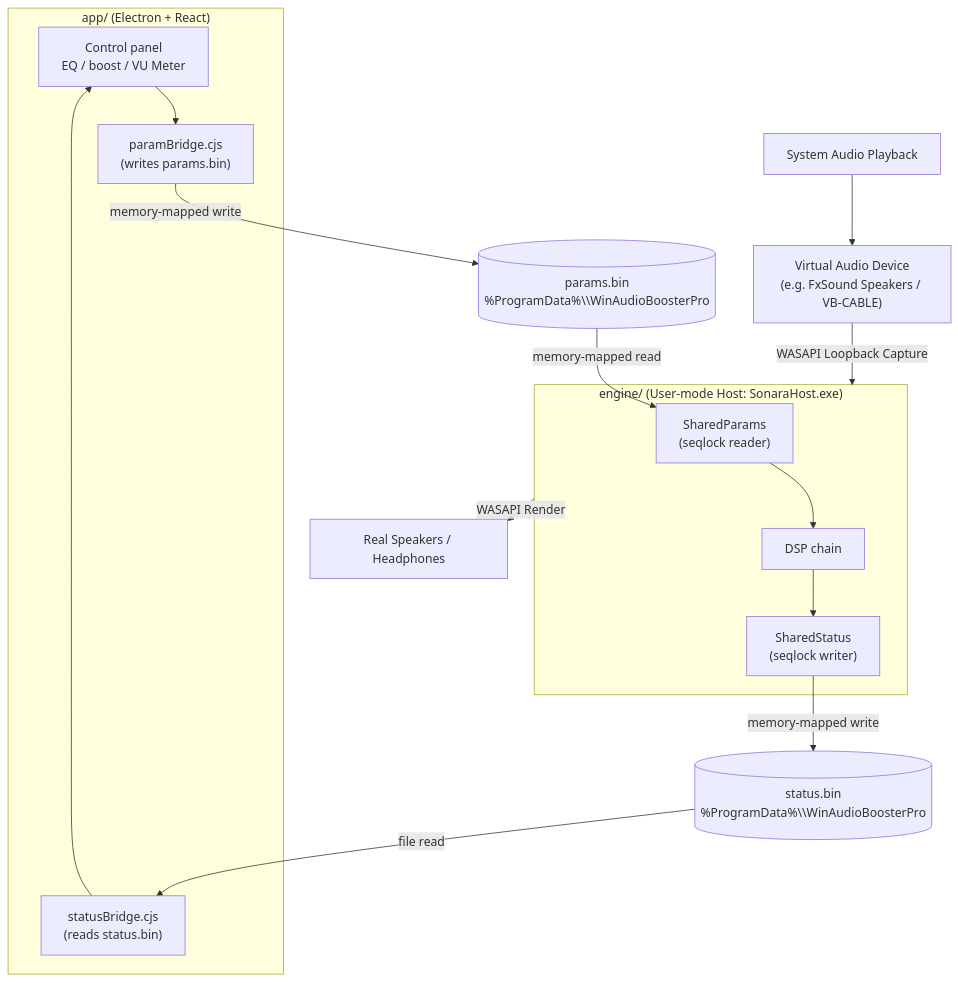
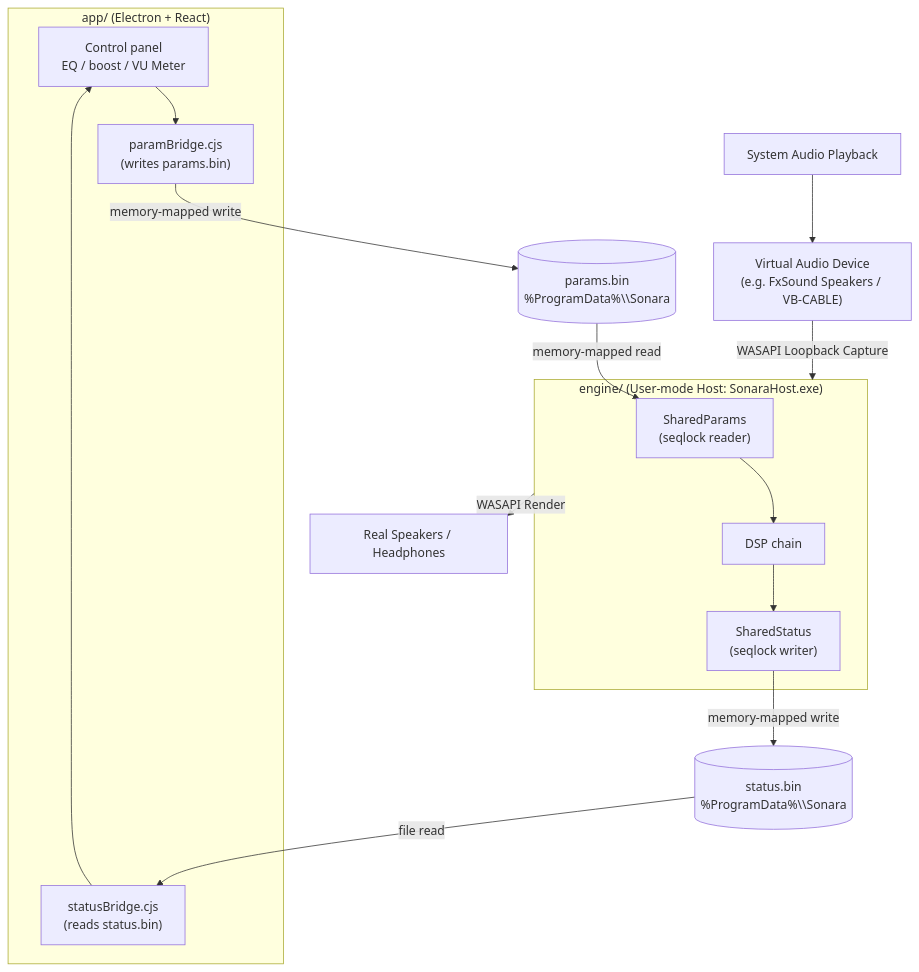
Before and after one commit to islamdev96/Sonara: the diagram in docs/ARCHITECTURE.md, drawn with Mermaid. The commit also changed other lines of this file and 21 other files, not shown here.

Commit message:
chore: rename WinAudioBoosterPro and BoosterAPO to Sonara

````diff
--- a/docs/ARCHITECTURE.md
+++ b/docs/ARCHITECTURE.md
@@ -7,30 +7,30 @@
 ```mermaid
 flowchart TD
     subgraph App["app/ (Electron + React)"]
         UI["Control panel\nEQ / boost / VU Meter"]
         Bridge["paramBridge.cjs\n(writes params.bin)"]
         StatusBridge["statusBridge.cjs\n(reads status.bin)"]
         UI --> Bridge
         StatusBridge --> UI
     end
 
-    Params[("params.bin\n%ProgramData%\\WinAudioBoosterPro")]
-    Status[("status.bin\n%ProgramData%\\WinAudioBoosterPro")]
+    Params[("params.bin\n%ProgramData%\\Sonara")]
+    Status[("status.bin\n%ProgramData%\\Sonara")]
     Bridge -- "memory-mapped write" --> Params
     Status -- "file read" --> StatusBridge
 
     subgraph Host["engine/ (User-mode Host: SonaraHost.exe)"]
         Shared["SharedParams\n(seqlock reader)"]
         SharedStatus["SharedStatus\n(seqlock writer)"]
         Chain["DSP chain"]
         Shared --> Chain
         Chain --> SharedStatus
     end
 
     Params -- "memory-mapped read" --> Shared
     SharedStatus -- "memory-mapped write" --> Status
     
     AudioIn["System Audio Playback"] --> VAD["Virtual Audio Device\n(e.g. FxSound Speakers / VB-CABLE)"]
     VAD -- "WASAPI Loopback Capture" --> Host
     Host -- "WASAPI Render" --> Out["Real Speakers / Headphones"]
 ```
````
